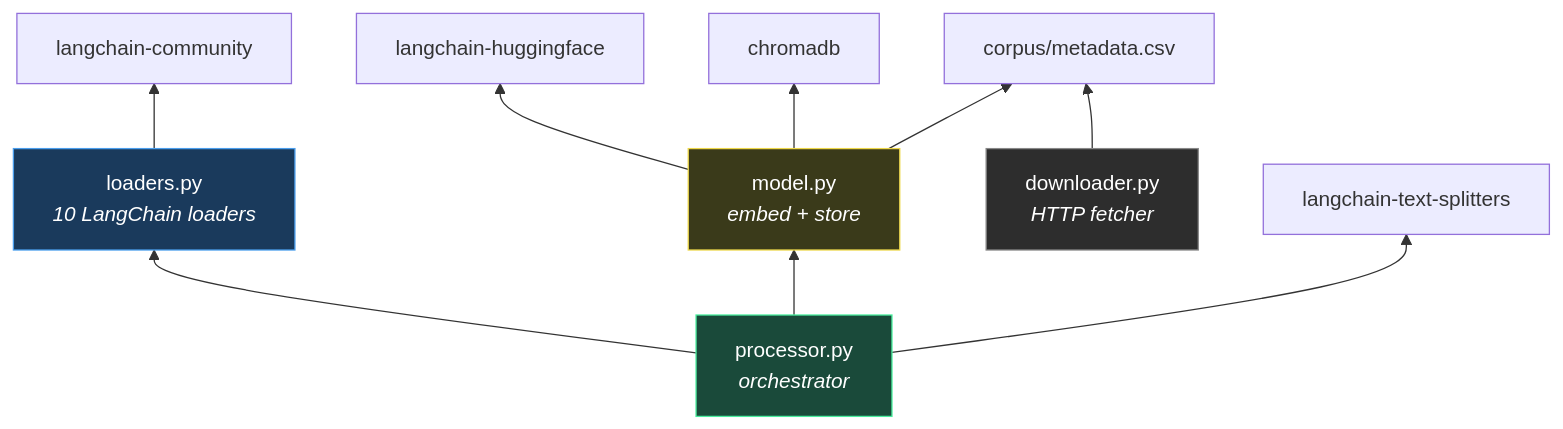
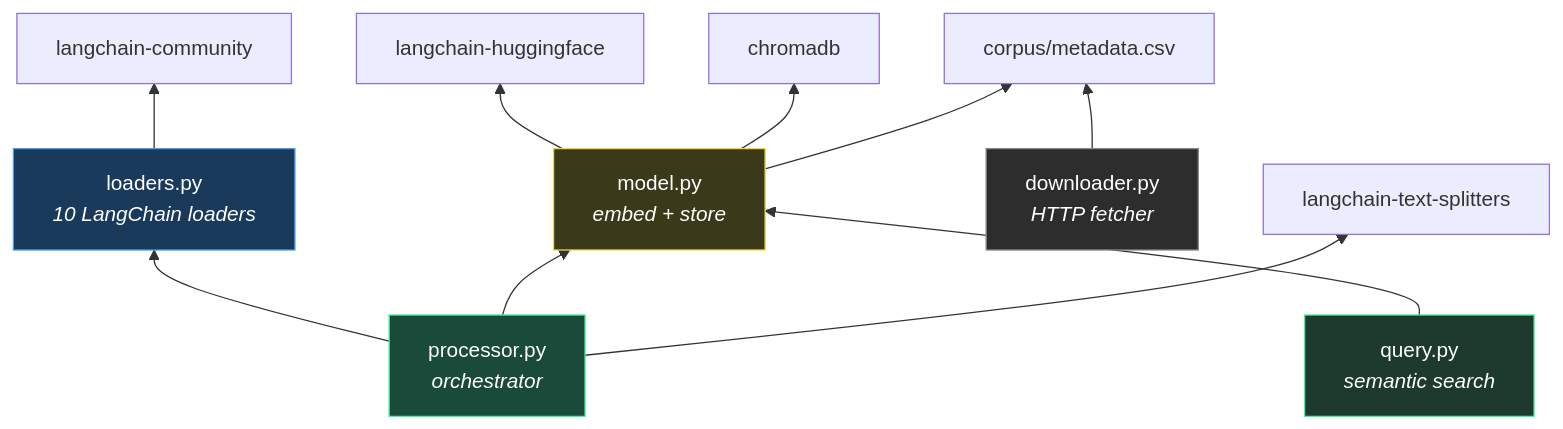
One commit to garthmortensen/rag_v1 changed the third of 3 diagrams in docs/architecture.md. Above: the diagram before and after it, drawn with Mermaid. The commit also changed other lines of this file and 3 other files, not shown here.

````diff
--- a/docs/architecture.md
+++ b/docs/architecture.md
@@ -144,26 +157,29 @@
 ```mermaid
 graph BT
     PROC["processor.py<br/><i>orchestrator</i>"]
     LOAD["loaders.py<br/><i>10 LangChain loaders</i>"]
     MODEL["model.py<br/><i>embed + store</i>"]
     DL["downloader.py<br/><i>HTTP fetcher</i>"]
+    QUERY["query.py<br/><i>semantic search</i>"]
 
     LC_SPLIT["langchain-text-splitters"]
     LC_COMM["langchain-community"]
     LC_HF["langchain-huggingface"]
     CHROMA["chromadb"]
 
     PROC --> LOAD
     PROC --> MODEL
     LOAD --> LC_COMM
     PROC --> LC_SPLIT
     MODEL --> LC_HF
     MODEL --> CHROMA
+    QUERY --> MODEL
     DL --> META_CSV["corpus/metadata.csv"]
     MODEL --> META_CSV
 
     style PROC fill:#1a4a3a,stroke:#4aed9e,color:#fff
     style LOAD fill:#1a3a5c,stroke:#4a9eed,color:#fff
     style MODEL fill:#3a3a1a,stroke:#edd74a,color:#fff
     style DL fill:#2d2d2d,stroke:#888,color:#fff
+    style QUERY fill:#1e3a2e,stroke:#4aed9e,color:#fff
 ```
````
